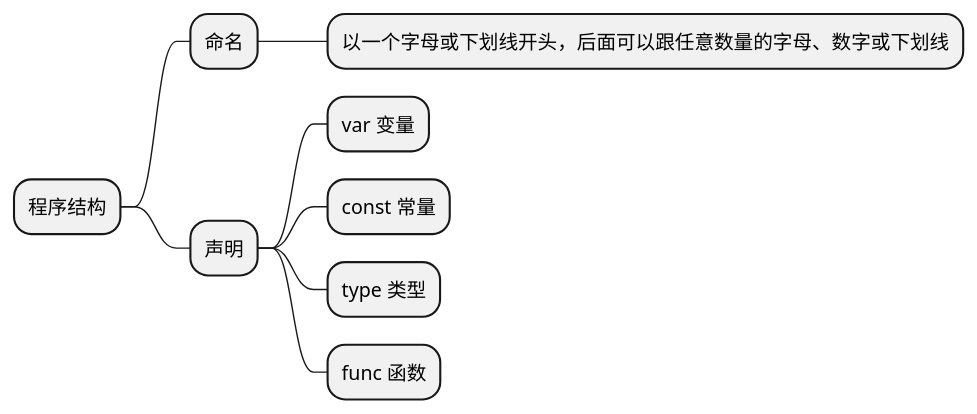
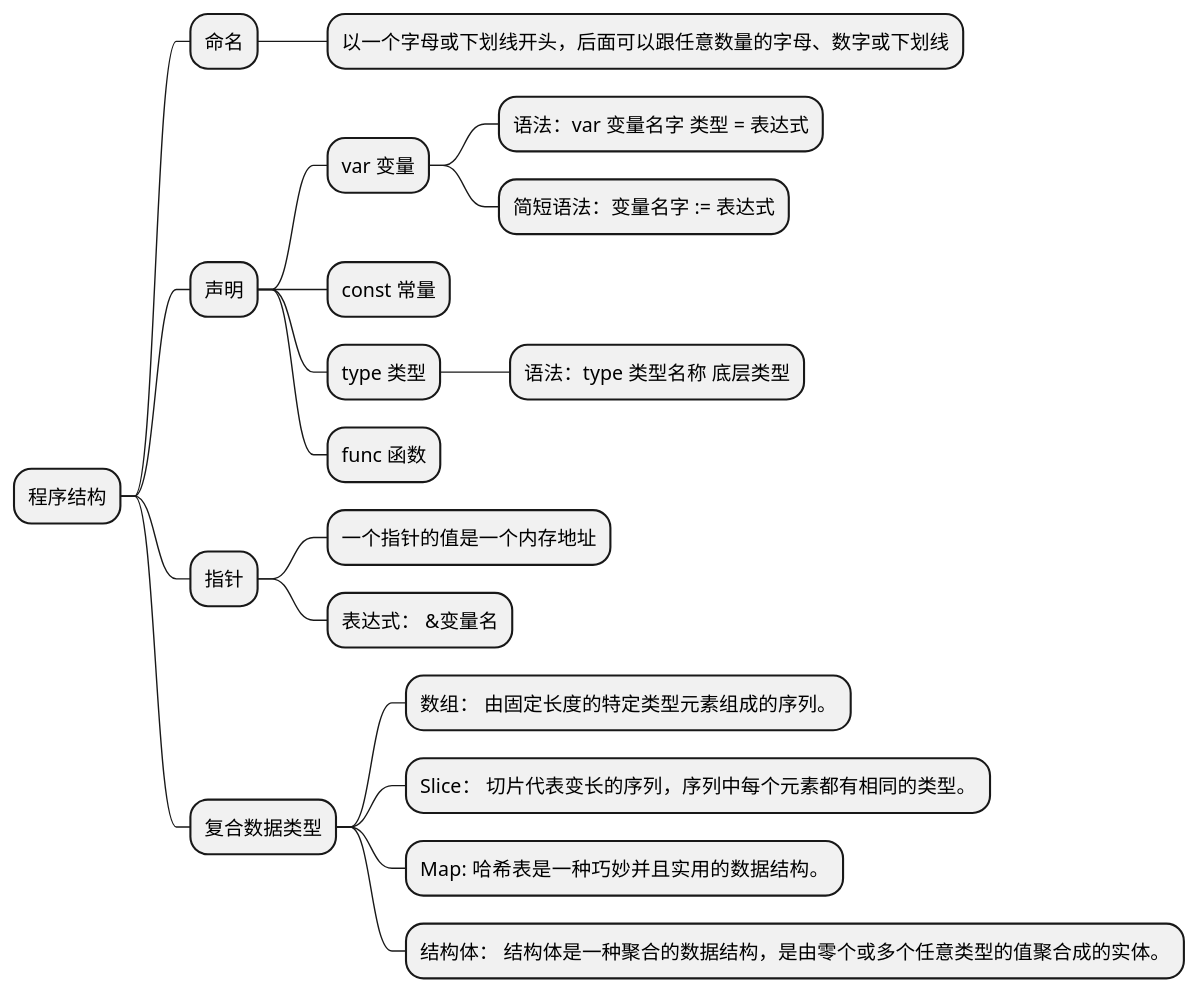
One commit to JSBloodthirsty/KnowledgeGraph changed the diagram in golange/程序结构.puml. Above: the diagram before and after it, drawn with PlantUML. The commit also changed 2 other files, not shown here.

```diff
--- a/golange/程序结构.puml
+++ b/golange/程序结构.puml
@@ -1,10 +1,25 @@
 @startmindmap
 + 程序结构
 ++ 命名
 +++ 以一个字母或下划线开头，后面可以跟任意数量的字母、数字或下划线
+
 ++ 声明
 +++ var 变量
+++++ 语法：var 变量名字 类型 = 表达式
+++++ 简短语法：变量名字 := 表达式
 +++ const 常量
 +++ type 类型
+++++ 语法：type 类型名称 底层类型
 +++ func 函数
+
+++ 指针
++++ 一个指针的值是一个内存地址
++++ 表达式： &变量名
+
+++ 复合数据类型
++++ 数组： 由固定长度的特定类型元素组成的序列。
++++ Slice： 切片代表变长的序列，序列中每个元素都有相同的类型。
++++ Map:  哈希表是一种巧妙并且实用的数据结构。
++++ 结构体： 结构体是一种聚合的数据结构，是由零个或多个任意类型的值聚合成的实体。
+
 @endmindmap
```
